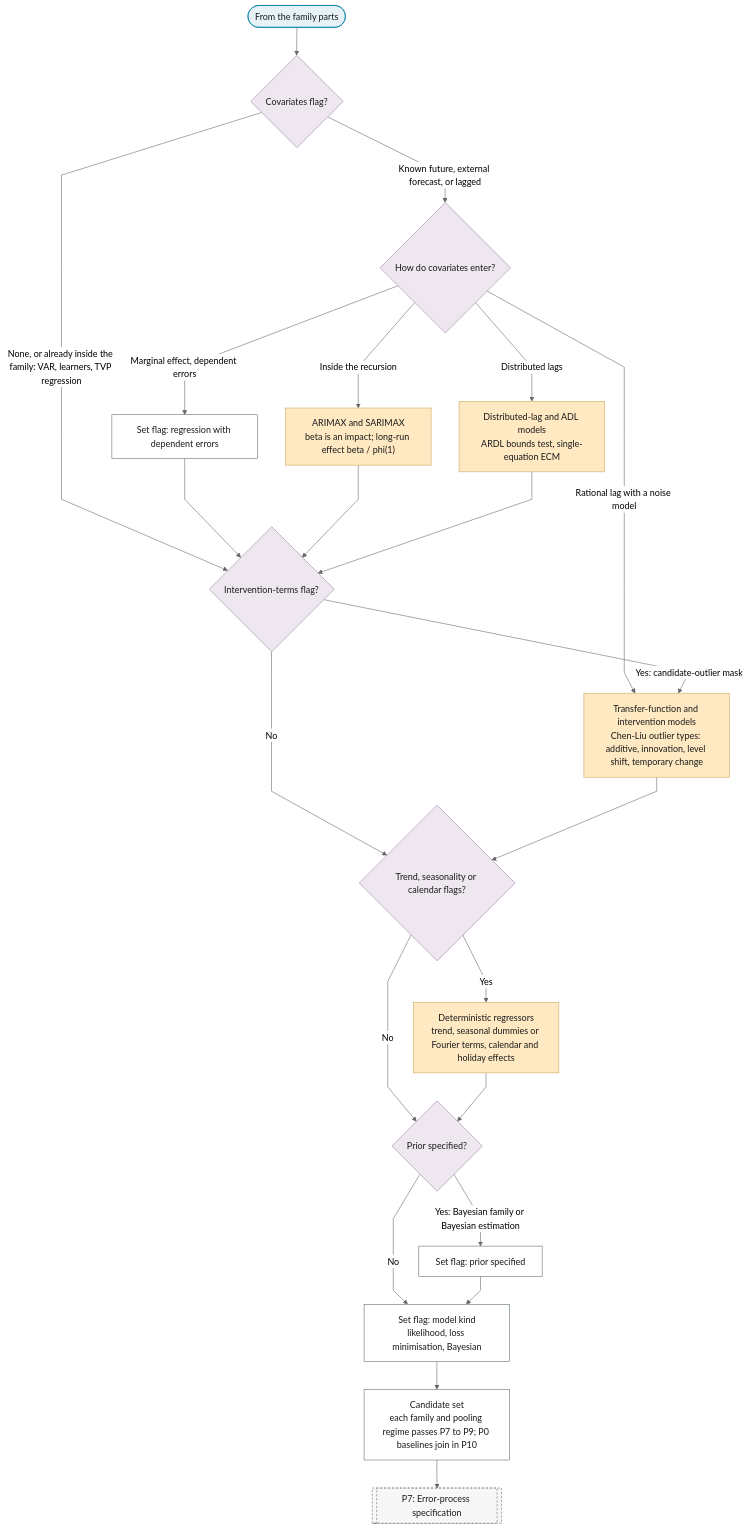
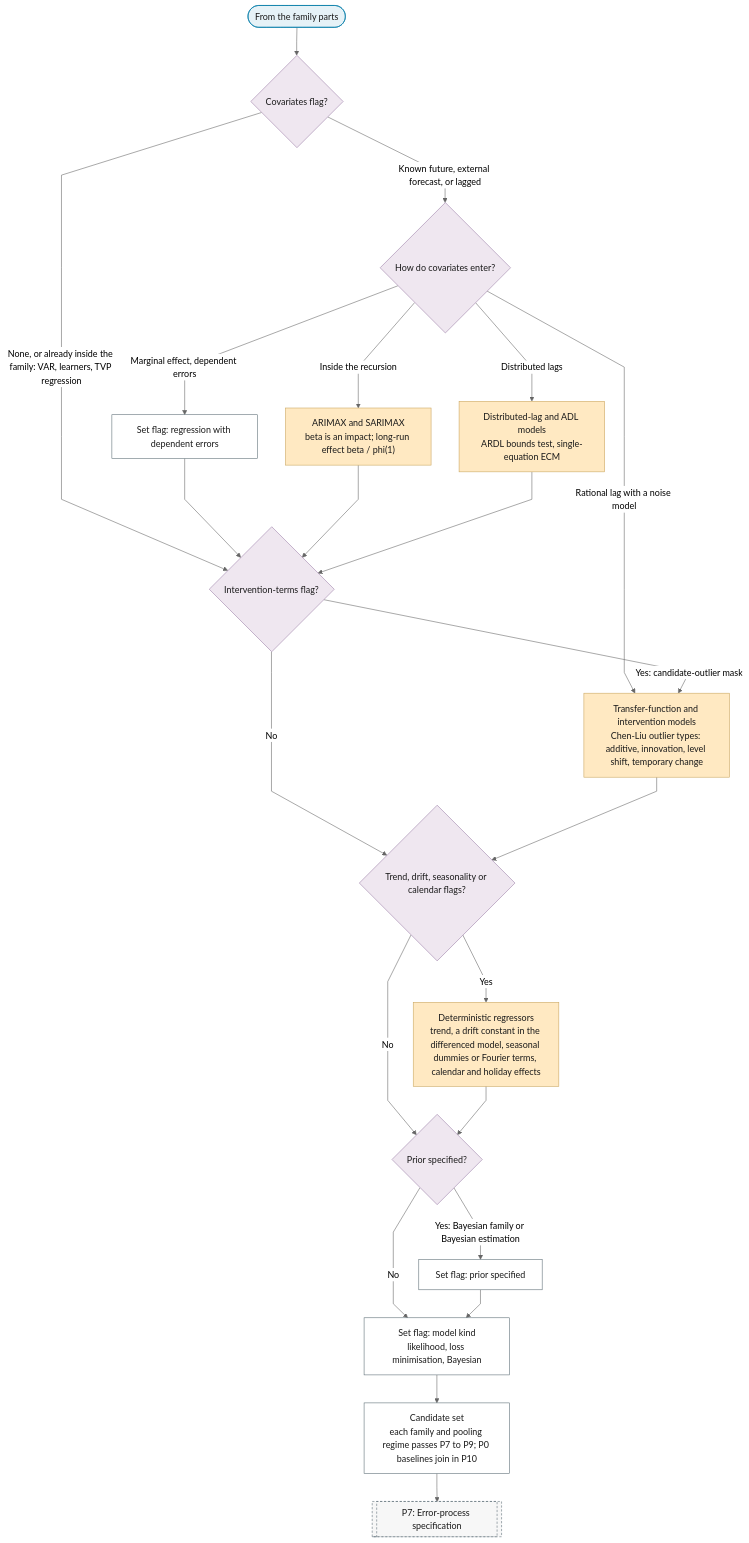
One commit to Shuxin-Y/time-series-analysis-manual changed the tenth of 10 diagrams in docs/01-workflow/p06-mean-model-class.md. Above: the diagram before and after it, drawn with Mermaid (neutral theme). The commit also changed other lines of this file and 6 other files, not shown here.

````diff
--- a/docs/01-workflow/p06-mean-model-class.md
+++ b/docs/01-workflow/p06-mean-model-class.md
@@ -276,36 +276,36 @@
 ```mermaid
 %%{init: {"flowchart": {"curve": "linear"}}}%%
 graph TD
     P6_PART_10_IN(["From the family parts"]) --> P6_COVARIATE_Q{"Covariates flag?"}
     P6_COVARIATE_Q -->|"None, or already inside the family: VAR, learners, TVP regression"| P6_INTERVENTION_Q
     P6_COVARIATE_Q -->|"Known future, external forecast, or lagged"| P6_EXOG_FORM{"How do covariates enter?"}
     P6_EXOG_FORM -->|"Marginal effect, dependent errors"| P6_REGRESSION_FLAG["Set flag: regression with dependent errors"]
     P6_EXOG_FORM -->|"Inside the recursion"| P6_ARIMAX["ARIMAX and SARIMAX<br/>beta is an impact; long-run effect beta / phi(1)"]
     P6_EXOG_FORM -->|"Distributed lags"| P6_DYNAMIC_REGRESSION["Distributed-lag and ADL models<br/>ARDL bounds test, single-equation ECM"]
     P6_EXOG_FORM -->|"Rational lag with a noise model"| P6_TRANSFER_FUNCTION["Transfer-function and intervention models<br/>Chen-Liu outlier types: additive, innovation, level shift, temporary change"]
     P6_REGRESSION_FLAG & P6_ARIMAX & P6_DYNAMIC_REGRESSION --> P6_INTERVENTION_Q{"Intervention-terms flag?"}
     P6_INTERVENTION_Q -->|"Yes: candidate-outlier mask"| P6_TRANSFER_FUNCTION
     P6_INTERVENTION_Q -->|"No"| P6_DETERMINISTIC_Q
-    P6_TRANSFER_FUNCTION --> P6_DETERMINISTIC_Q{"Trend, seasonality or calendar flags?"}
-    P6_DETERMINISTIC_Q -->|"Yes"| P6_DETERMINISTIC["Deterministic regressors<br/>trend, seasonal dummies or Fourier terms, calendar and holiday effects"]
+    P6_TRANSFER_FUNCTION --> P6_DETERMINISTIC_Q{"Trend, drift, seasonality or calendar flags?"}
+    P6_DETERMINISTIC_Q -->|"Yes"| P6_DETERMINISTIC["Deterministic regressors<br/>trend, a drift constant in the differenced model, seasonal dummies or Fourier terms, calendar and holiday effects"]
     P6_DETERMINISTIC_Q -->|"No"| P6_PRIOR_Q
     P6_DETERMINISTIC --> P6_PRIOR_Q{"Prior specified?"}
     P6_PRIOR_Q -->|"Yes: Bayesian family or Bayesian estimation"| P6_PRIOR_FLAG["Set flag: prior specified"]
     P6_PRIOR_Q -->|"No"| P6_KIND_FLAG
     P6_PRIOR_FLAG --> P6_KIND_FLAG["Set flag: model kind<br/>likelihood, loss minimisation, Bayesian"]
     P6_KIND_FLAG --> P6_CANDIDATE_SET["Candidate set<br/>each family and pooling regime passes P7 to P9; P0 baselines join in P10"]
     P6_CANDIDATE_SET --> P7[["P7: Error-process specification"]]
     class P6_ARIMAX,P6_DYNAMIC_REGRESSION,P6_TRANSFER_FUNCTION,P6_DETERMINISTIC escalate
     class P6_PART_10_IN terminator
     class P6_COVARIATE_Q,P6_EXOG_FORM,P6_INTERVENTION_Q,P6_DETERMINISTIC_Q,P6_PRIOR_Q decision
     class P6_REGRESSION_FLAG,P6_PRIOR_FLAG,P6_KIND_FLAG,P6_CANDIDATE_SET process
     class P7 ref
     classDef terminator fill:#E6F2F7,stroke:#007BA7,color:#1A1A1A;
     classDef process fill:#FFFFFF,stroke:#5A6B73,color:#1A1A1A;
     classDef decision fill:#EFE7F0,stroke:#9B7FA7,color:#1A1A1A;
     classDef data fill:#FFF4E0,stroke:#C9A55E,color:#1A1A1A;
     classDef good fill:#DCEFD8,stroke:#4A7A3F,color:#1A1A1A;
     classDef escalate fill:#FFE9C2,stroke:#C9A55E,color:#1A1A1A;
     classDef problem fill:#F2D9DE,stroke:#800020,color:#1A1A1A;
     classDef ref fill:#F7F7F7,stroke:#5A6B73,color:#1A1A1A,stroke-dasharray:4 3;
 ```
````
